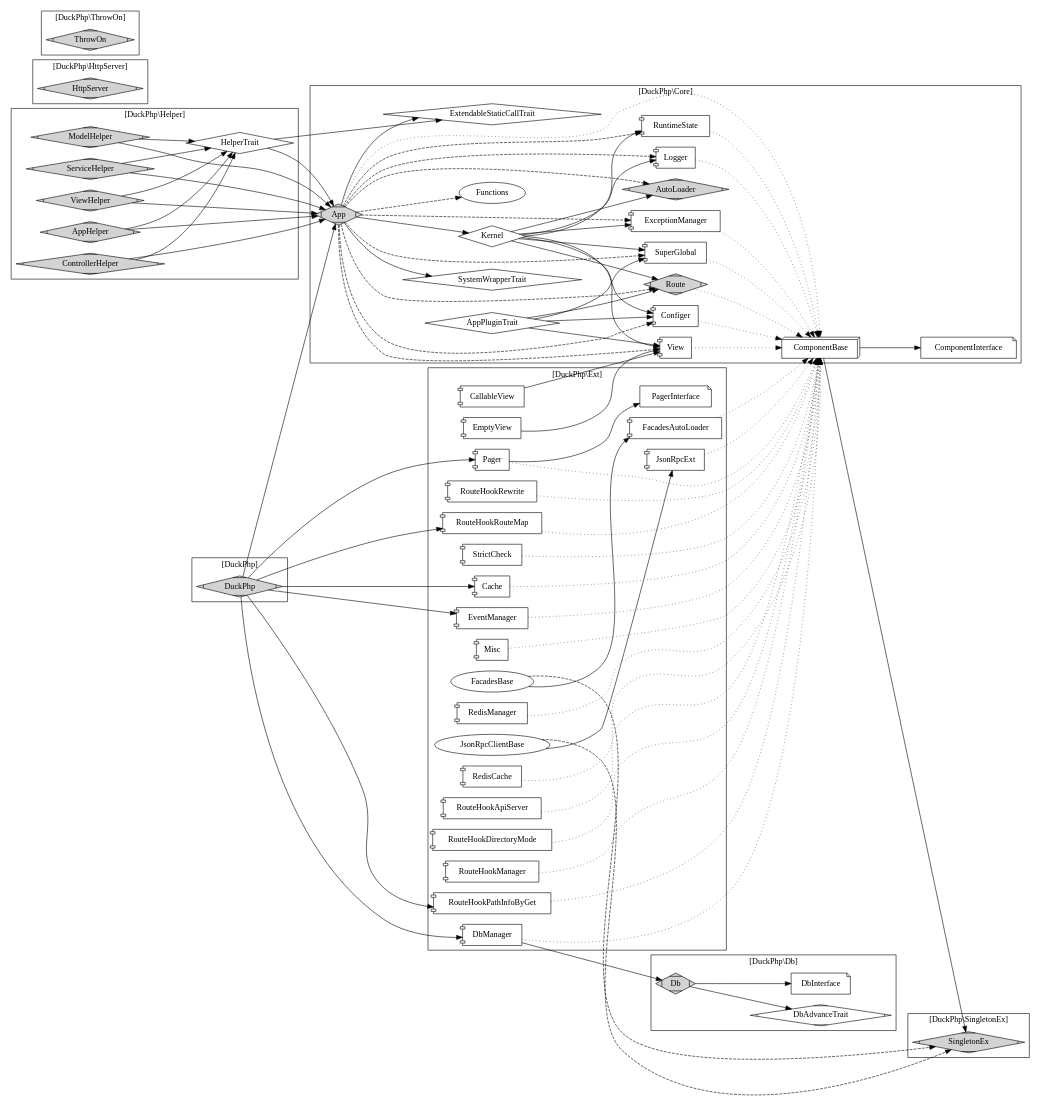
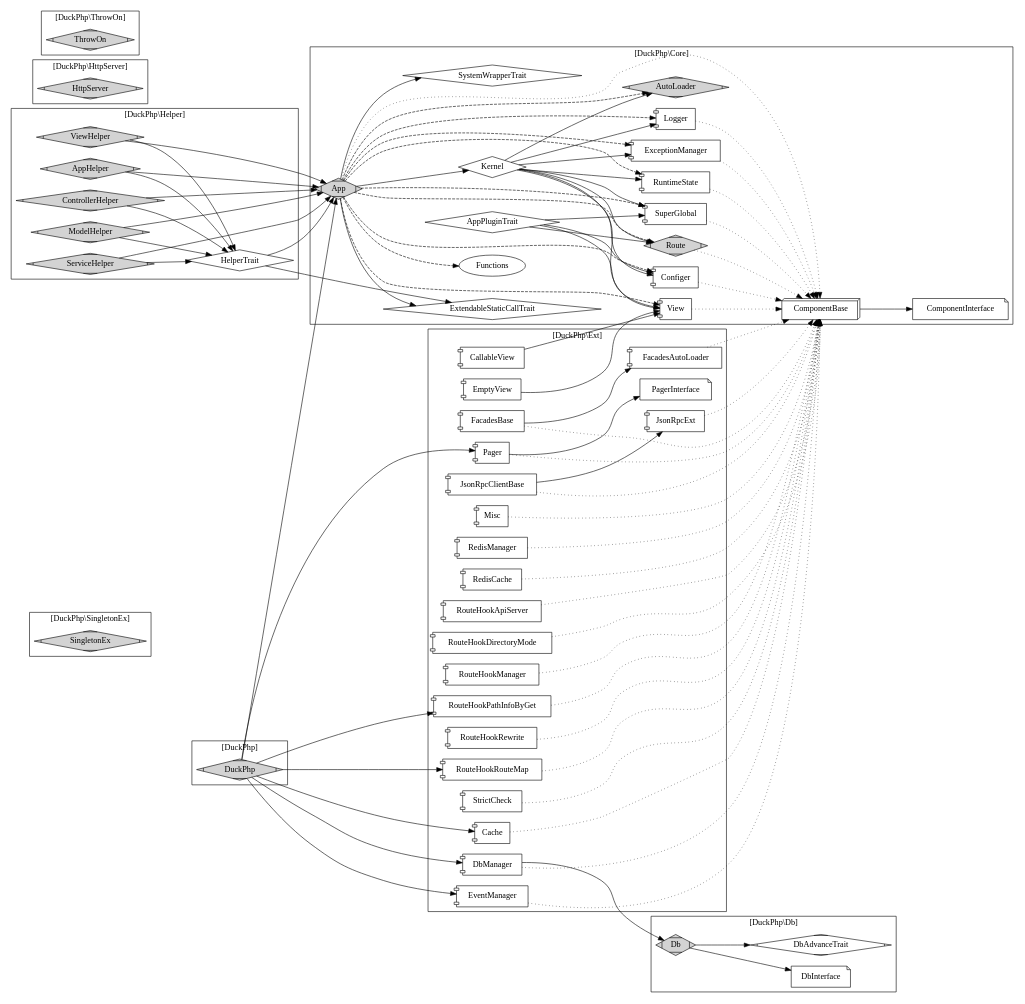
Before and after one commit to dvaknheo/duckphp: the diagram in doc/duckphp.gv, drawn with Graphviz. The commit also changed 6 other files, not shown here.

Commit message:
更新关系图

```diff
--- a/doc/duckphp.gv
+++ b/doc/duckphp.gv
@@ -73,9 +73,6 @@
     Core_Logger -> Core_ComponentBase [style="dotted"];
     
     Core_ComponentBase -> Core_ComponentInterface;
-    Core_ComponentBase -> SingletonEx;
-    
-    
 }
 
 subgraph cluster_Helper {
@@ -125,8 +122,8 @@
     EmptyView[shape="component"];
     EventManager[shape="component"];
     FacadesAutoLoader[shape="component"];
-    FacadesBase ;
-    JsonRpcClientBase ;
+    FacadesBase [shape="component"];
+    JsonRpcClientBase [shape="component"];
     JsonRpcExt[shape="component"];
     Misc[shape="component"];
     Pager[shape="component"];
@@ -163,9 +160,9 @@
     EmptyView ->Core_View;
     DbManager -> Db_Db;
     FacadesBase -> FacadesAutoLoader;
-    FacadesBase -> SingletonEx [style="dashed"];
+    FacadesBase -> Core_ComponentBase [style="dotted"];
     JsonRpcClientBase ->JsonRpcExt;
-    JsonRpcClientBase -> SingletonEx [style="dashed"];
+    JsonRpcClientBase -> Core_ComponentBase [style="dotted"];
 
     Pager -> PagerInterface; 
 }
```
